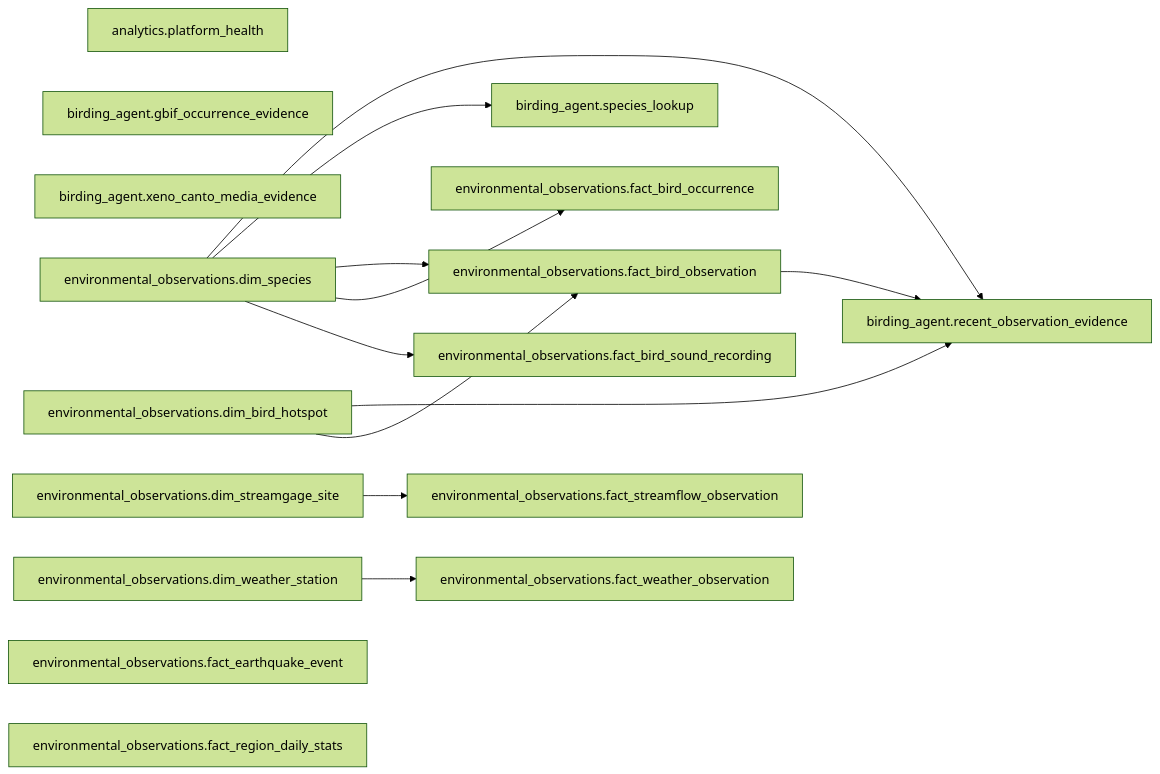
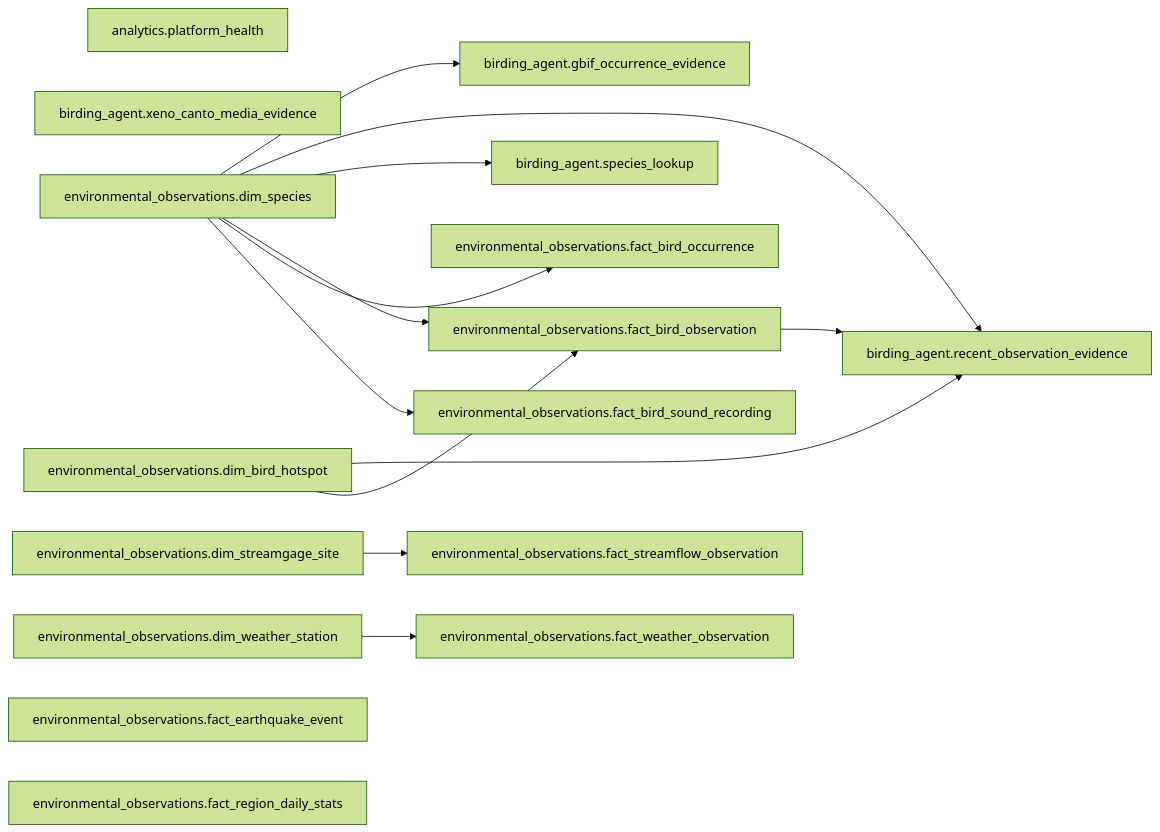
Before and after one commit to Doctacon/databox: the diagram in docs/dictionary/lineage.md, drawn with Mermaid (forest theme). The commit also changed 40 other files, not shown here.

````diff
--- a/docs/dictionary/lineage.md
+++ b/docs/dictionary/lineage.md
@@ -5,46 +5,47 @@
 ```mermaid
 graph LR
     n0["analytics.platform_health"]
     n1["birding_agent.gbif_occurrence_evidence"]
     n2["birding_agent.recent_observation_evidence"]
     n3["birding_agent.species_lookup"]
     n4["birding_agent.xeno_canto_media_evidence"]
     n5["environmental_observations.dim_bird_hotspot"]
     n6["environmental_observations.dim_species"]
     n7["environmental_observations.dim_streamgage_site"]
     n8["environmental_observations.dim_weather_station"]
     n9["environmental_observations.fact_bird_observation"]
     n10["environmental_observations.fact_bird_occurrence"]
     n11["environmental_observations.fact_bird_sound_recording"]
     n12["environmental_observations.fact_earthquake_event"]
     n13["environmental_observations.fact_region_daily_stats"]
     n14["environmental_observations.fact_streamflow_observation"]
     n15["environmental_observations.fact_weather_observation"]
+    n6 --> n1
     n5 --> n2
     n6 --> n2
     n9 --> n2
     n6 --> n3
     n5 --> n9
     n6 --> n9
     n6 --> n10
     n6 --> n11
     n7 --> n14
     n8 --> n15
 
     click n0 "analytics/platform_health.md"
     click n1 "birding_agent/gbif_occurrence_evidence.md"
     click n2 "birding_agent/recent_observation_evidence.md"
     click n3 "birding_agent/species_lookup.md"
     click n4 "birding_agent/xeno_canto_media_evidence.md"
     click n5 "environmental_observations/dim_bird_hotspot.md"
     click n6 "environmental_observations/dim_species.md"
     click n7 "environmental_observations/dim_streamgage_site.md"
     click n8 "environmental_observations/dim_weather_station.md"
     click n9 "environmental_observations/fact_bird_observation.md"
     click n10 "environmental_observations/fact_bird_occurrence.md"
     click n11 "environmental_observations/fact_bird_sound_recording.md"
     click n12 "environmental_observations/fact_earthquake_event.md"
     click n13 "environmental_observations/fact_region_daily_stats.md"
     click n14 "environmental_observations/fact_streamflow_observation.md"
     click n15 "environmental_observations/fact_weather_observation.md"
 ```
````
